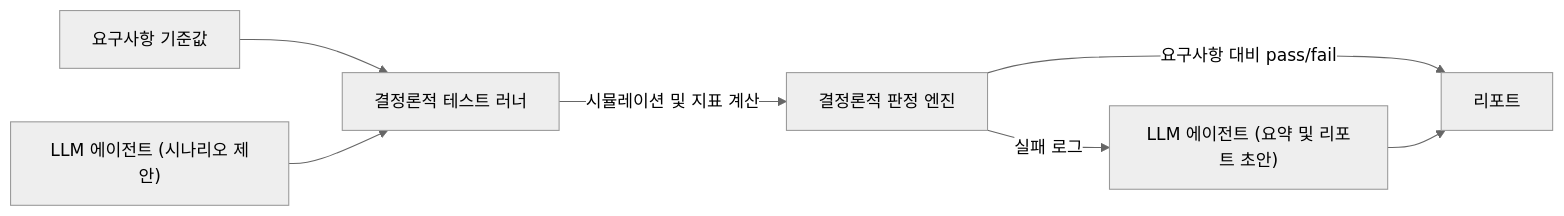
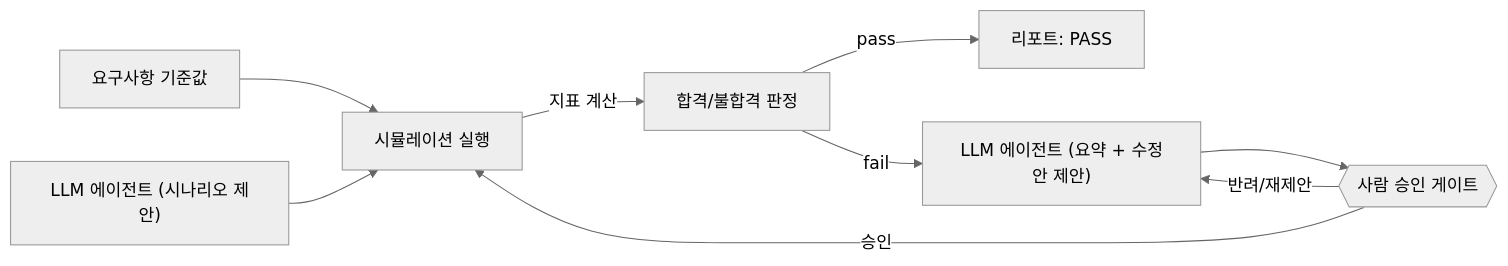
One commit to yumina0616/quadrotor-gnc-stack changed the diagram in README.ko.md. Above: the diagram before and after it, drawn with Mermaid (neutral theme). The commit also changed other lines of this file and 1 other file, not shown here.

````diff
--- a/README.ko.md
+++ b/README.ko.md
@@ -51,9 +67,11 @@
 ```mermaid
 flowchart LR
-    A[요구사항 기준값] --> D[결정론적 테스트 러너]
+    A[요구사항 기준값] --> D[시뮬레이션 실행]
     B["LLM 에이전트 (시나리오 제안)"] --> D
-    D -->|시뮬레이션 및 지표 계산| E[결정론적 판정 엔진]
-    E -->|요구사항 대비 pass/fail| F[리포트]
-    E -->|실패 로그| C["LLM 에이전트 (요약 및 리포트 초안)"]
-    C --> F
+    D -->|지표 계산| E[합격/불합격 판정]
+    E -->|pass| F[리포트: PASS]
+    E -->|fail| C["LLM 에이전트 (요약 + 수정안 제안)"]
+    C --> G{{사람 승인 게이트}}
+    G -->|승인| D
+    G -->|반려/재제안| C
 ```
````
